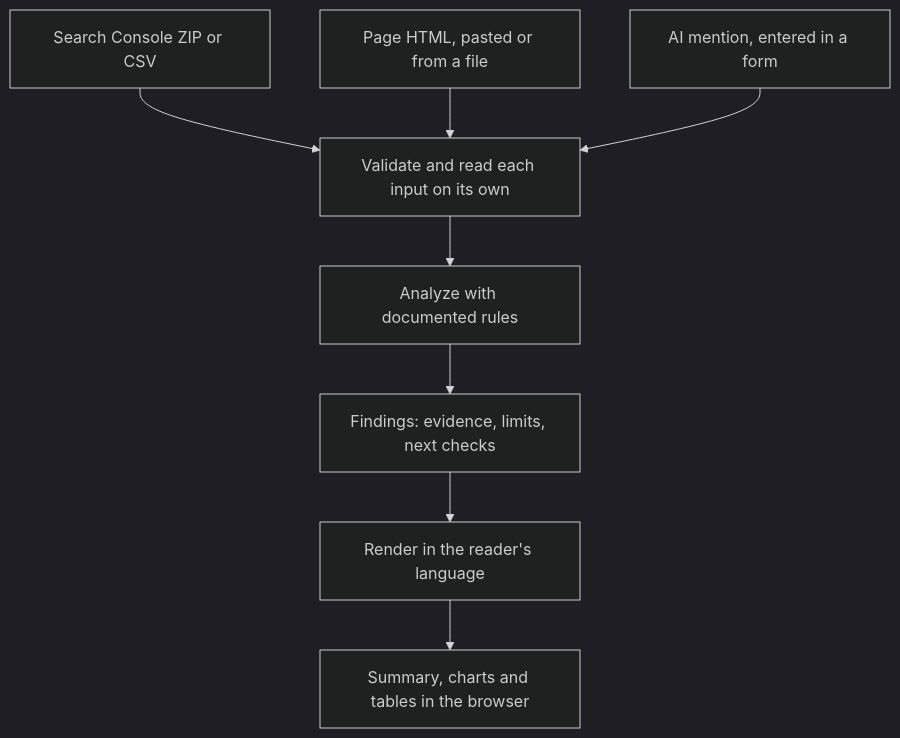
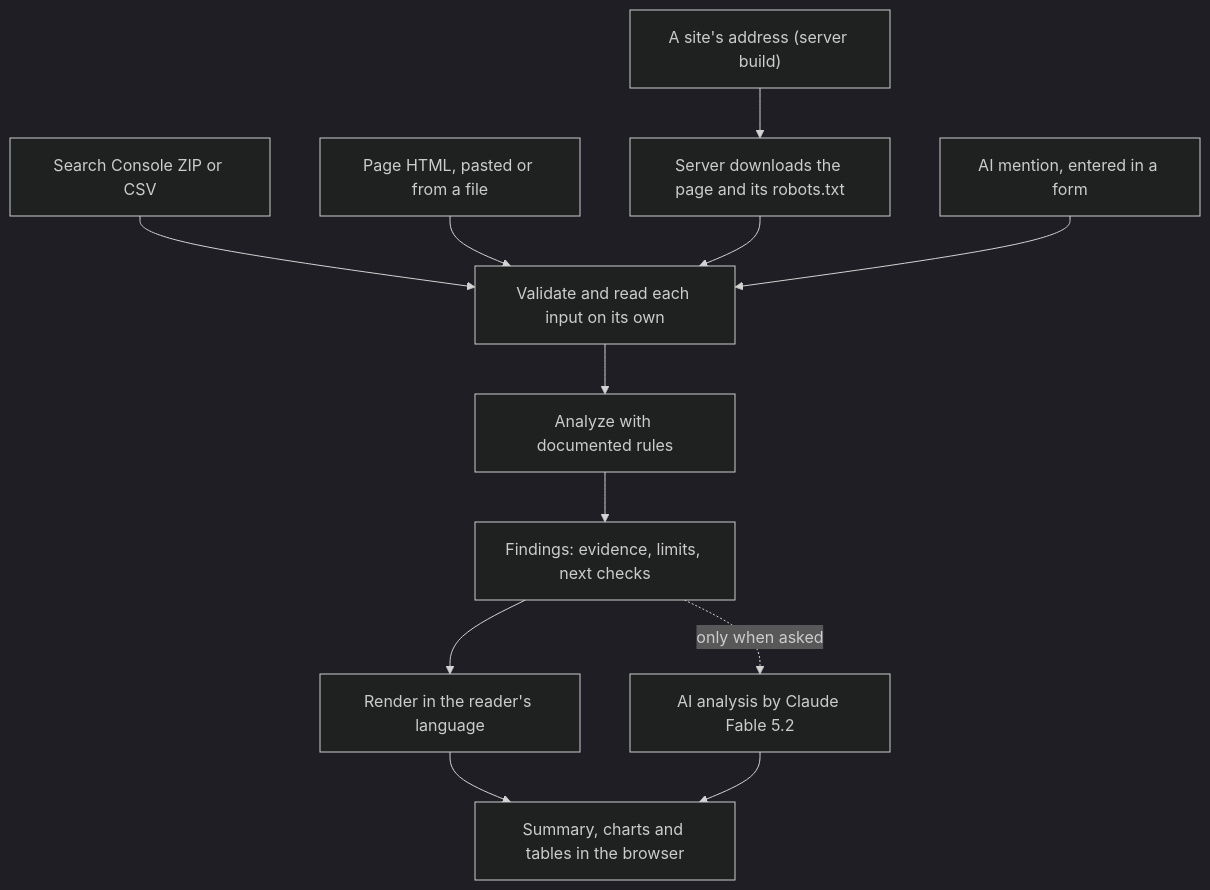
Before and after one commit to atelanceofficial/searchunveil-seo: the diagram in docs/ARCHITECTURE.md, drawn with Mermaid (dark theme). The commit also changed other lines of this file and 68 other files, not shown here.

````diff
--- a/docs/ARCHITECTURE.md
+++ b/docs/ARCHITECTURE.md
@@ -13,13 +13,17 @@
 ```mermaid
 flowchart TD
     accTitle: How SearchUnveil turns inputs into explained findings
-    accDescr: A Search Console export, pasted page HTML or a recorded AI mention enters the browser app. The engine validates and reads each input separately, analyzes it with documented rules, and produces findings made of message keys and typed values. A translator renders those findings in the reader's language, and the interface shows them with charts and tables. Nothing leaves the device.
+    accDescr: A Search Console export, pasted page HTML or a recorded AI mention enters the browser app; in the server build, a site's address can be given instead, and the server downloads that page and its robots.txt. The engine validates and reads each input separately, analyzes it with documented rules, and produces findings made of message keys and typed values. A translator renders those findings in the reader's language, and the interface shows them with charts and tables. Only when the person asks does a review go to Claude Fable 5.2 for a deeper analysis.
 
     A["Search Console ZIP or CSV"] --> V["Validate and read each input on its own"]
     B["Page HTML, pasted or from a file"] --> V
+    S["A site's address (server build)"] --> D["Server downloads the page and its robots.txt"]
+    D --> V
     C["AI mention, entered in a form"] --> V
     V --> R["Analyze with documented rules"]
     R --> F["Findings: evidence, limits, next checks"]
     F --> T["Render in the reader's language"]
     T --> U["Summary, charts and tables in the browser"]
+    F -. "only when asked" .-> AI["AI analysis by Claude Fable 5.2"]
+    AI --> U
 ```
````
